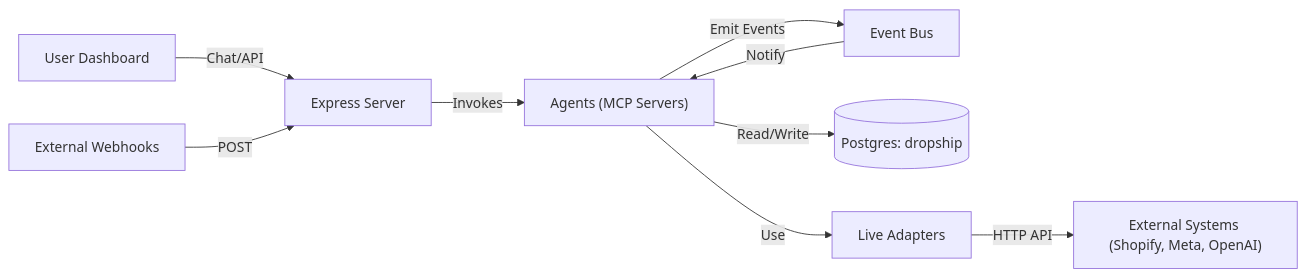
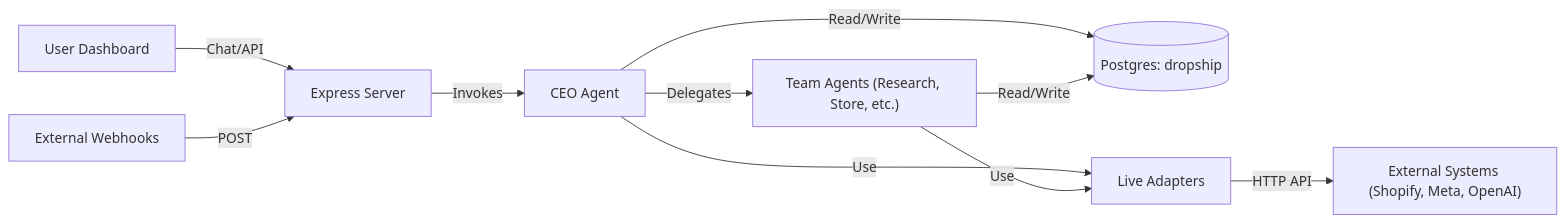
One commit to andylelli/ds1 changed the second of 2 diagrams in Documentation/Reference/ENVIRONMENT_SIMULATION_V_LIVE.md. Above: the diagram before and after it, drawn with Mermaid. The commit also changed other lines of this file, not shown here.

````diff
--- a/Documentation/Reference/ENVIRONMENT_SIMULATION_V_LIVE.md
+++ b/Documentation/Reference/ENVIRONMENT_SIMULATION_V_LIVE.md
@@ -31,11 +30,10 @@
 ```mermaid
 flowchart LR
   User["User Dashboard"] -->|Chat/API| Express[Express Server]
   Webhook["External Webhooks"] -->|POST| Express
-  Express -->|Invokes| Agents["Agents (MCP Servers)"]
-  Agents -->|Emit Events| EventBus["Event Bus"]
-  EventBus -->|Notify| Agents
-  Agents -->|Read/Write| DB[("Postgres: dropship")]
-  Agents -->|Use| LiveAdapters["Live Adapters"]
+  Express -->|Invokes| CEO["CEO Agent"]
+  CEO -->|Delegates| Team["Team Agents (Research, Store, etc.)"]
+  CEO & Team -->|Read/Write| DB[("Postgres: dropship")]
+  CEO & Team -->|Use| LiveAdapters["Live Adapters"]
   LiveAdapters -->|HTTP API| External["External Systems (Shopify, Meta, OpenAI)"]
 ```
````
